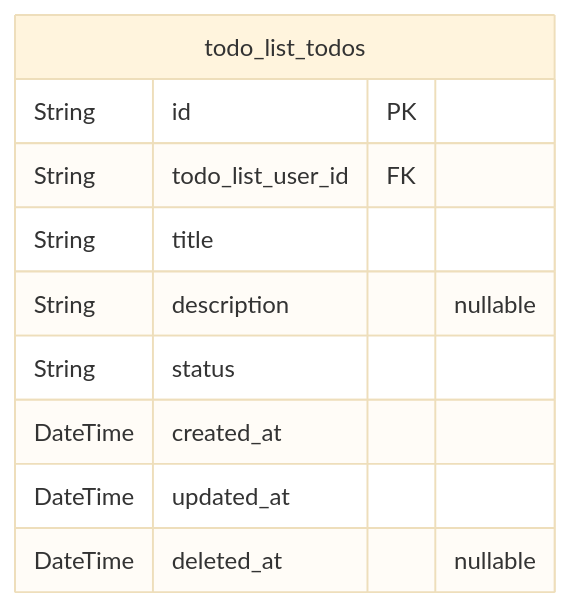
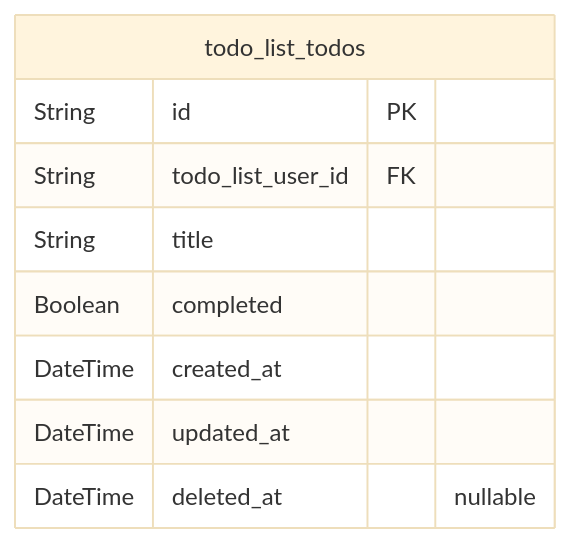
Before and after one commit to wrtnlabs/autobe-examples: the third of 3 diagrams in qwen/qwen3-next-80b-a3b-instruct/todo/docs/ERD.md, drawn with Mermaid (base theme). The commit also changed other lines of this file and 615 other files, not shown here.

````diff
--- a/qwen/qwen3-next-80b-a3b-instruct/todo/docs/ERD.md
+++ b/qwen/qwen3-next-80b-a3b-instruct/todo/docs/ERD.md
@@ -95,13 +617,12 @@
 ```mermaid
 erDiagram
 "todo_list_todos" {
   String id PK
   String todo_list_user_id FK
   String title
-  String description "nullable"
-  String status
+  Boolean completed
   DateTime created_at
   DateTime updated_at
   DateTime deleted_at "nullable"
 }
 ```
````
